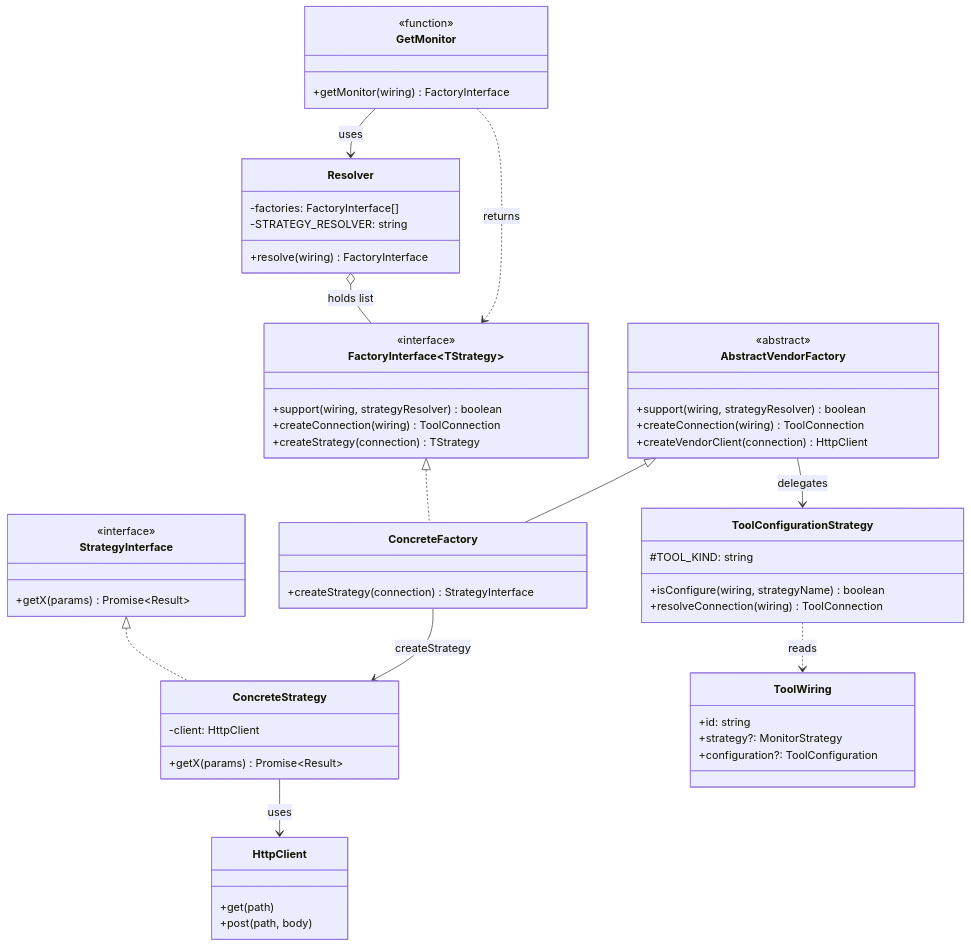
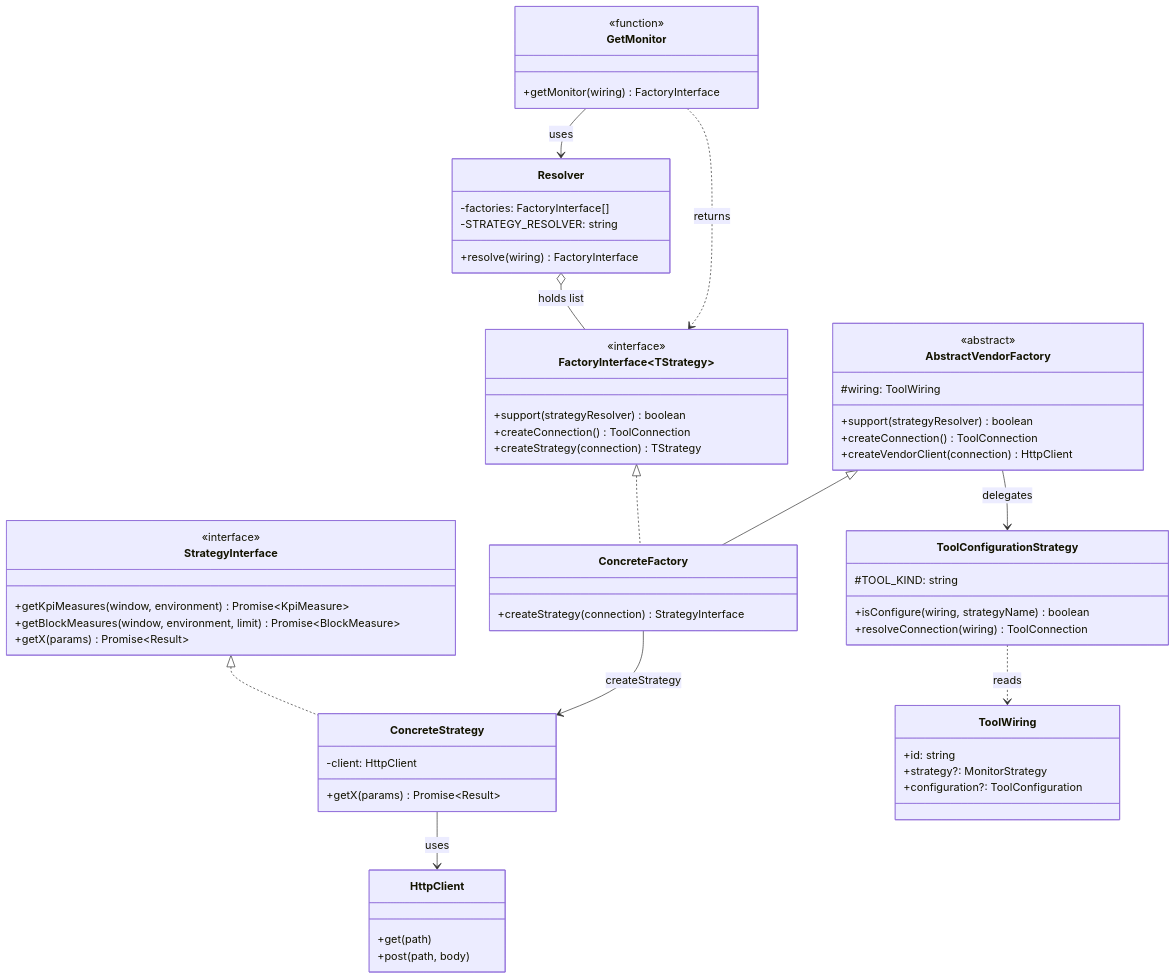
One commit to webteamuxco/dashboard-monitor changed the first of 3 diagrams in apps/docs-site/docs/monitors.md. Above: the diagram before and after it, drawn with Mermaid. The commit also changed other lines of this file and 6 other files, not shown here.

````diff
--- a/apps/docs-site/docs/monitors.md
+++ b/apps/docs-site/docs/monitors.md
@@ -38,60 +38,63 @@
 ```mermaid
 classDiagram
     class FactoryInterface~TStrategy~ {
         <<interface>>
-        +support(wiring, strategyResolver) boolean
-        +createConnection(wiring) ToolConnection
+        +support(strategyResolver) boolean
+        +createConnection() ToolConnection
         +createStrategy(connection) TStrategy
     }
     class StrategyInterface {
         <<interface>>
+        +getKpiMeasures(window, environment) Promise~KpiMeasure~
+        +getBlockMeasures(window, environment, limit) Promise~BlockMeasure~
         +getX(params) Promise~Result~
     }
     class AbstractVendorFactory {
         <<abstract>>
-        +support(wiring, strategyResolver) boolean
-        +createConnection(wiring) ToolConnection
+        #wiring: ToolWiring
+        +support(strategyResolver) boolean
+        +createConnection() ToolConnection
         +createVendorClient(connection) HttpClient
     }
     class ConcreteFactory {
         +createStrategy(connection) StrategyInterface
     }
     class Resolver {
         -factories: FactoryInterface[]
         -STRATEGY_RESOLVER: string
         +resolve(wiring) FactoryInterface
     }
     class GetMonitor {
         <<function>>
         +getMonitor(wiring) FactoryInterface
     }
     class ToolWiring {
         +id: string
         +strategy?: MonitorStrategy
         +configuration?: ToolConfiguration
     }
     class ToolConfigurationStrategy {
         #TOOL_KIND: string
         +isConfigure(wiring, strategyName) boolean
         +resolveConnection(wiring) ToolConnection
     }
     class ConcreteStrategy {
         -client: HttpClient
         +getX(params) Promise~Result~
     }
     class HttpClient {
         +get(path)
         +post(path, body)
     }
 
     FactoryInterface <|.. ConcreteFactory
     AbstractVendorFactory <|-- ConcreteFactory
     StrategyInterface <|.. ConcreteStrategy
     Resolver o-- FactoryInterface : holds list
     AbstractVendorFactory --> ToolConfigurationStrategy : delegates
     ToolConfigurationStrategy ..> ToolWiring : reads
     ConcreteFactory --> ConcreteStrategy : createStrategy
     ConcreteStrategy --> HttpClient : uses
     GetMonitor --> Resolver : uses
     GetMonitor ..> FactoryInterface : returns
 ```
````
